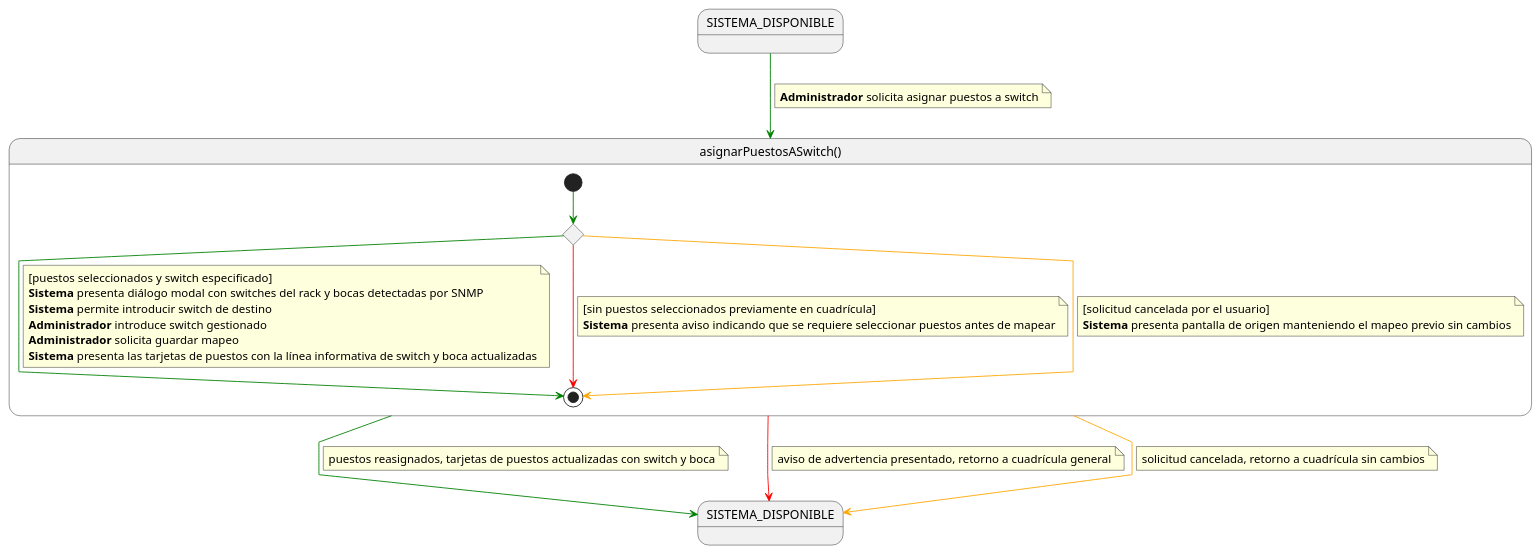
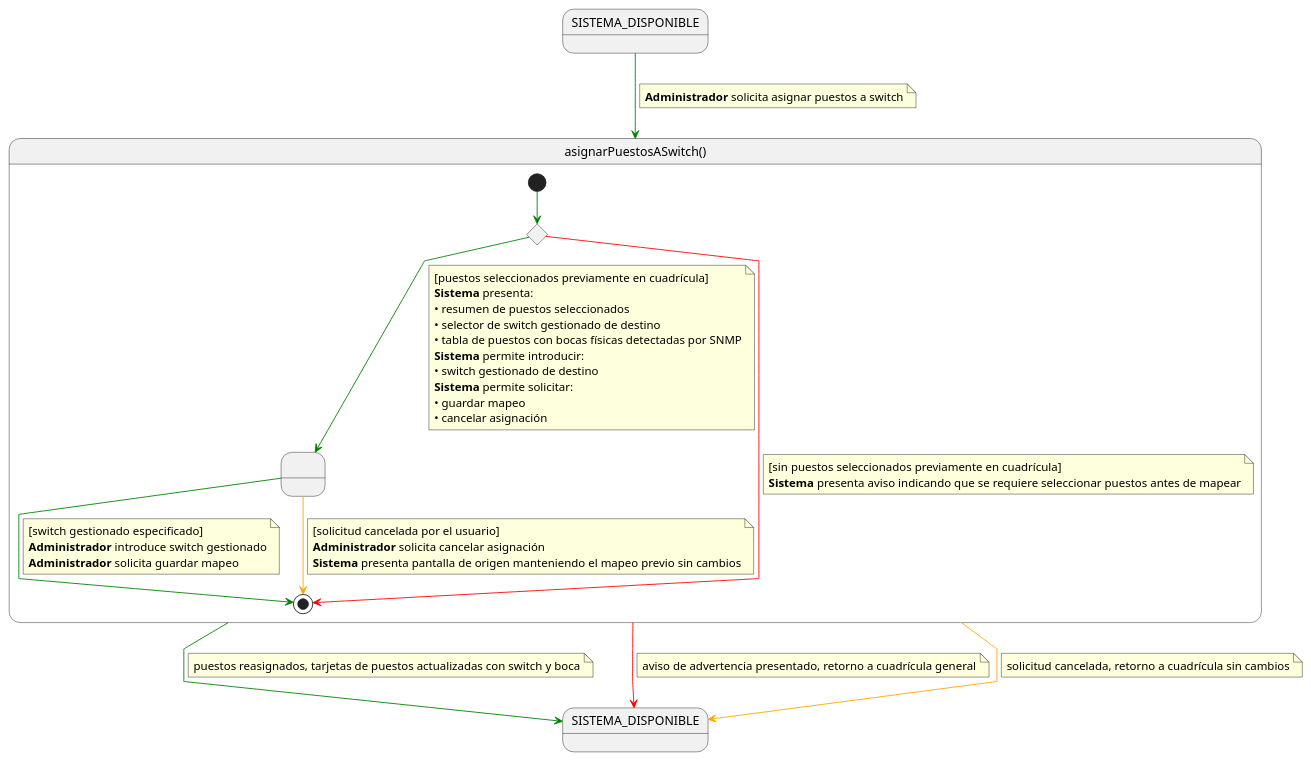
One commit to Carlos-Lima2510/mesh-panel changed the diagram in RUP/01-requisitos/01-detalle-casos-uso/asignarPuestosASwitch/especificacion.puml. Above: the diagram before and after it, drawn with PlantUML. The commit also changed 12 other files, not shown here.

Commit message:
Update SVG diagram for consultarEstadoPuestos: Adjust dimensions and enhance layout for better clarity and organization of elements.

```diff
--- a/RUP/01-requisitos/01-detalle-casos-uso/asignarPuestosASwitch/especificacion.puml
+++ b/RUP/01-requisitos/01-detalle-casos-uso/asignarPuestosASwitch/especificacion.puml
@@ -1,57 +1,70 @@
 @startuml especificacion
 
 skinparam linetype polyline
 
 state SISTEMA_DISPONIBLE
 state SISTEMA_DISPONIBLE_SALIDA as "SISTEMA_DISPONIBLE"
 
 SISTEMA_DISPONIBLE -[#green]-> asignarPuestosASwitch
 note on link
 <b>Administrador</b> solicita asignar puestos a switch
 end note
 
 state asignarPuestosASwitch as "asignarPuestosASwitch()" {
 
     state c <<choice>>
+    state " " as MapeandoPuestos
 
     [*] -[#green]-> c
-
-    c -[#green]-> [*]
-    note on link
-    [puestos seleccionados y switch especificado]
-    <b>Sistema</b> presenta diálogo modal con switches del rack y bocas detectadas por SNMP
-    <b>Sistema</b> permite introducir switch de destino
-    <b>Administrador</b> introduce switch gestionado
-    <b>Administrador</b> solicita guardar mapeo
-    <b>Sistema</b> presenta las tarjetas de puestos con la línea informativa de switch y boca actualizadas
-    end note
 
     c -[#red]-> [*]
     note on link
     [sin puestos seleccionados previamente en cuadrícula]
     <b>Sistema</b> presenta aviso indicando que se requiere seleccionar puestos antes de mapear
     end note
 
-    c -[#orange]-> [*]
+    c -[#green]-> MapeandoPuestos
+    note on link
+    [puestos seleccionados previamente en cuadrícula]
+    <b>Sistema</b> presenta:
+    • resumen de puestos seleccionados
+    • selector de switch gestionado de destino
+    • tabla de puestos con bocas físicas detectadas por SNMP
+    <b>Sistema</b> permite introducir:
+    • switch gestionado de destino
+    <b>Sistema</b> permite solicitar:
+    • guardar mapeo
+    • cancelar asignación
+    end note
+
+    MapeandoPuestos -[#green]-> [*]
+    note on link
+    [switch gestionado especificado]
+    <b>Administrador</b> introduce switch gestionado
+    <b>Administrador</b> solicita guardar mapeo
+    end note
+
+    MapeandoPuestos -[#orange]-> [*]
     note on link
     [solicitud cancelada por el usuario]
+    <b>Administrador</b> solicita cancelar asignación
     <b>Sistema</b> presenta pantalla de origen manteniendo el mapeo previo sin cambios
     end note
 }
 
 asignarPuestosASwitch -[#green]-> SISTEMA_DISPONIBLE_SALIDA
 note on link
 puestos reasignados, tarjetas de puestos actualizadas con switch y boca
 end note
 
 asignarPuestosASwitch -[#red]-> SISTEMA_DISPONIBLE_SALIDA
 note on link
 aviso de advertencia presentado, retorno a cuadrícula general
 end note
 
 asignarPuestosASwitch -[#orange]-> SISTEMA_DISPONIBLE_SALIDA
 note on link
 solicitud cancelada, retorno a cuadrícula sin cambios
 end note
 
 @enduml
```
